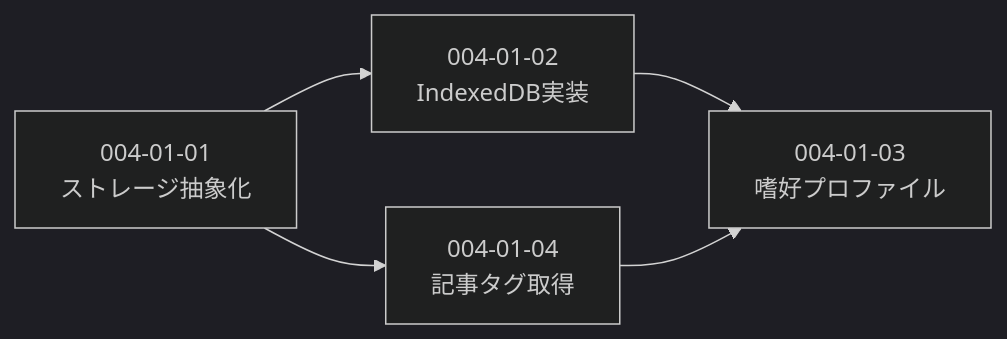
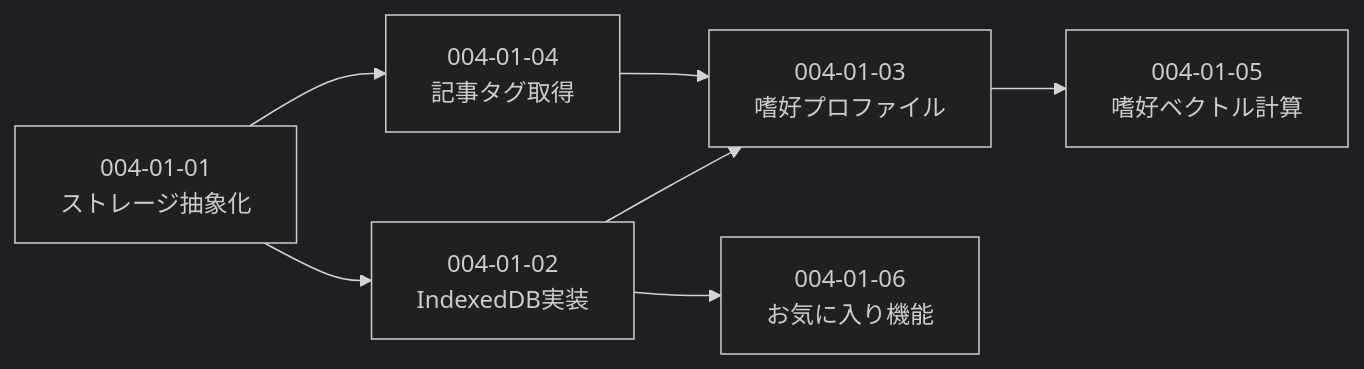
Before and after one commit to Sn005/recommend-scp: the diagram in specs/004-recommend/004-01-recommend-foundation/subtask-list.md, drawn with Mermaid (dark theme). The commit also changed other lines of this file and 7 other files, not shown here.

````diff
--- a/specs/004-recommend/004-01-recommend-foundation/subtask-list.md
+++ b/specs/004-recommend/004-01-recommend-foundation/subtask-list.md
@@ -12,7 +14,9 @@
 ```mermaid
 flowchart LR
     A[004-01-01<br>ストレージ抽象化] --> B[004-01-02<br>IndexedDB実装]
     A --> D[004-01-04<br>記事タグ取得]
     B --> C[004-01-03<br>嗜好プロファイル]
+    B --> F[004-01-06<br>お気に入り機能]
     D --> C
+    C --> E[004-01-05<br>嗜好ベクトル計算]
 ```
````
